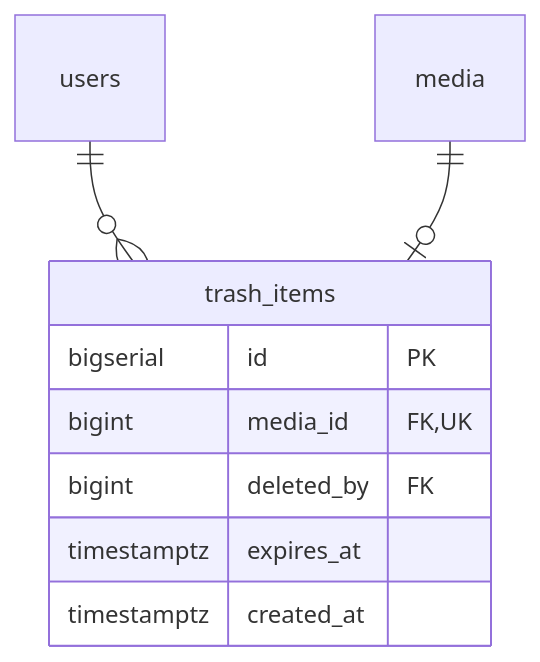
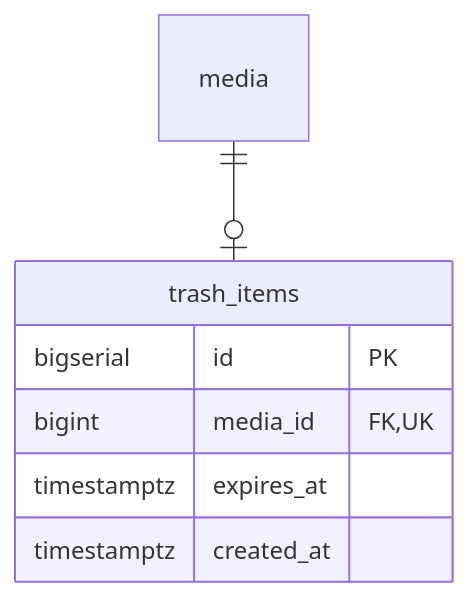
One commit to sakurai1126/chii-piyo changed the fifth of 5 diagrams in docs/er-diagram.md. Above: the diagram before and after it, drawn with Mermaid. The commit also changed 67 other files, not shown here.

````diff
--- a/docs/er-diagram.md
+++ b/docs/er-diagram.md
@@ -224,13 +224,11 @@
 ```mermaid
 erDiagram
     trash_items {
         bigserial id PK
         bigint media_id FK, UK
-        bigint deleted_by FK
         timestamptz expires_at
         timestamptz created_at
     }
 
-    users ||--o{ trash_items : ""
     media ||--o| trash_items : ""
 ```
````
